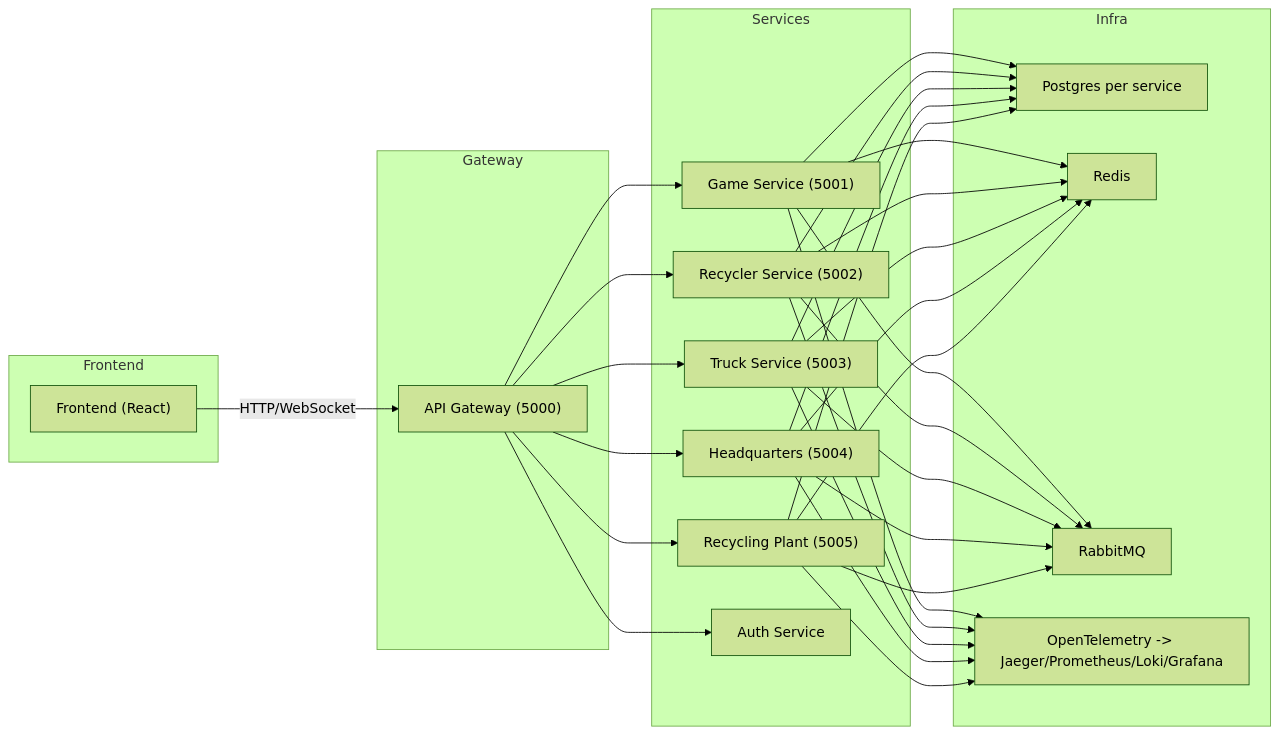
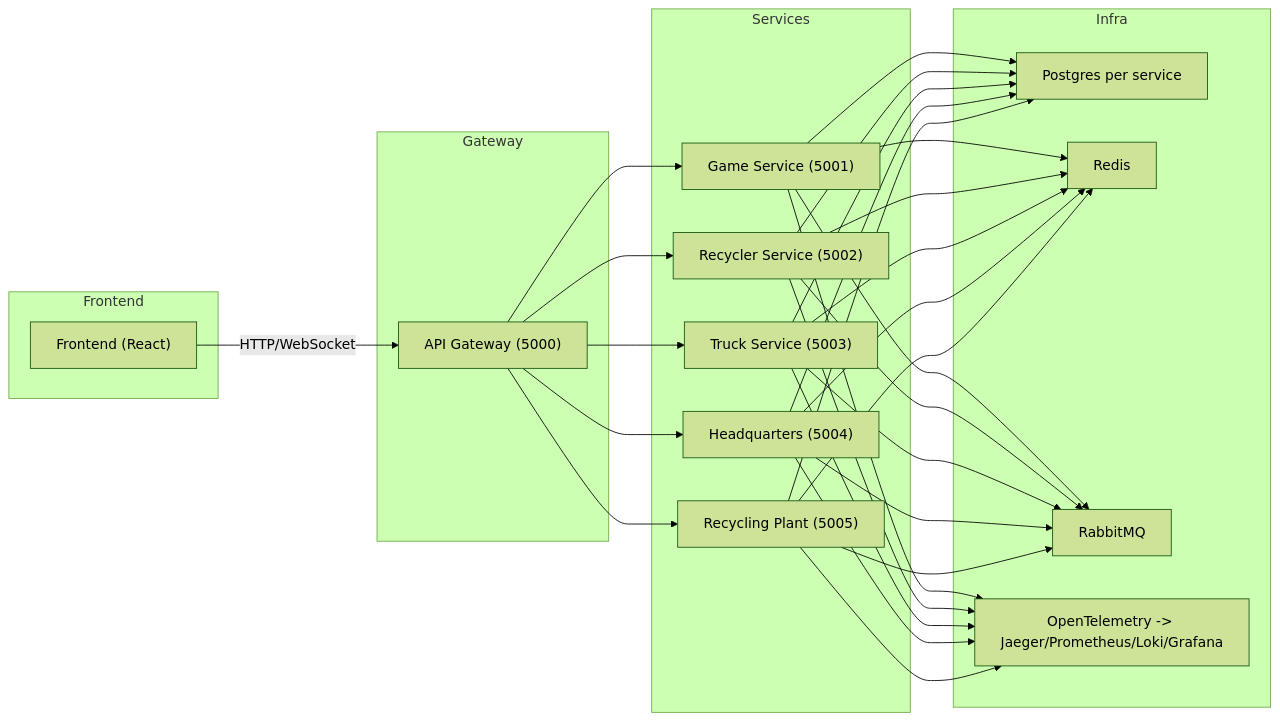
One commit to RangerChris/bottle-tycoon-microservice changed the first of 2 diagrams in docs/ARCHITECTURE.md. Above: the diagram before and after it, drawn with Mermaid (forest theme). The commit also changed other lines of this file and 31 other files, not shown here.

````diff
--- a/docs/ARCHITECTURE.md
+++ b/docs/ARCHITECTURE.md
@@ -82,54 +82,52 @@
 ```mermaid
 flowchart LR
   subgraph Frontend
     FE["Frontend (React)"]
   end
 
   subgraph Gateway
     GW["API Gateway (5000)"]
   end
 
   subgraph Services
     GS["Game Service (5001)"]
     RS["Recycler Service (5002)"]
     TS["Truck Service (5003)"]
     HQ["Headquarters (5004)"]
     PS["Recycling Plant (5005)"]
-    AS["Auth Service"]
   end
 
   subgraph Infra
     PG["Postgres per service"]
     RD["Redis"]
     RMQ["RabbitMQ"]
     OBS["OpenTelemetry -> Jaeger/Prometheus/Loki/Grafana"]
   end
 
   FE -->|HTTP/WebSocket| GW
   GW --> GS
   GW --> RS
   GW --> TS
   GW --> HQ
   GW --> PS
-  GW --> AS
   GS --> PG
   RS --> PG
   TS --> PG
   HQ --> PG
   PS --> PG
   GS --> RD
   RS --> RD
   TS --> RD
   HQ --> RD
   PS --> RD
   GS --> RMQ
   RS --> RMQ
   TS --> RMQ
   HQ --> RMQ
   PS --> RMQ
   GS --> OBS
   RS --> OBS
   TS --> OBS
   HQ --> OBS
   PS --> OBS
 ```
````
